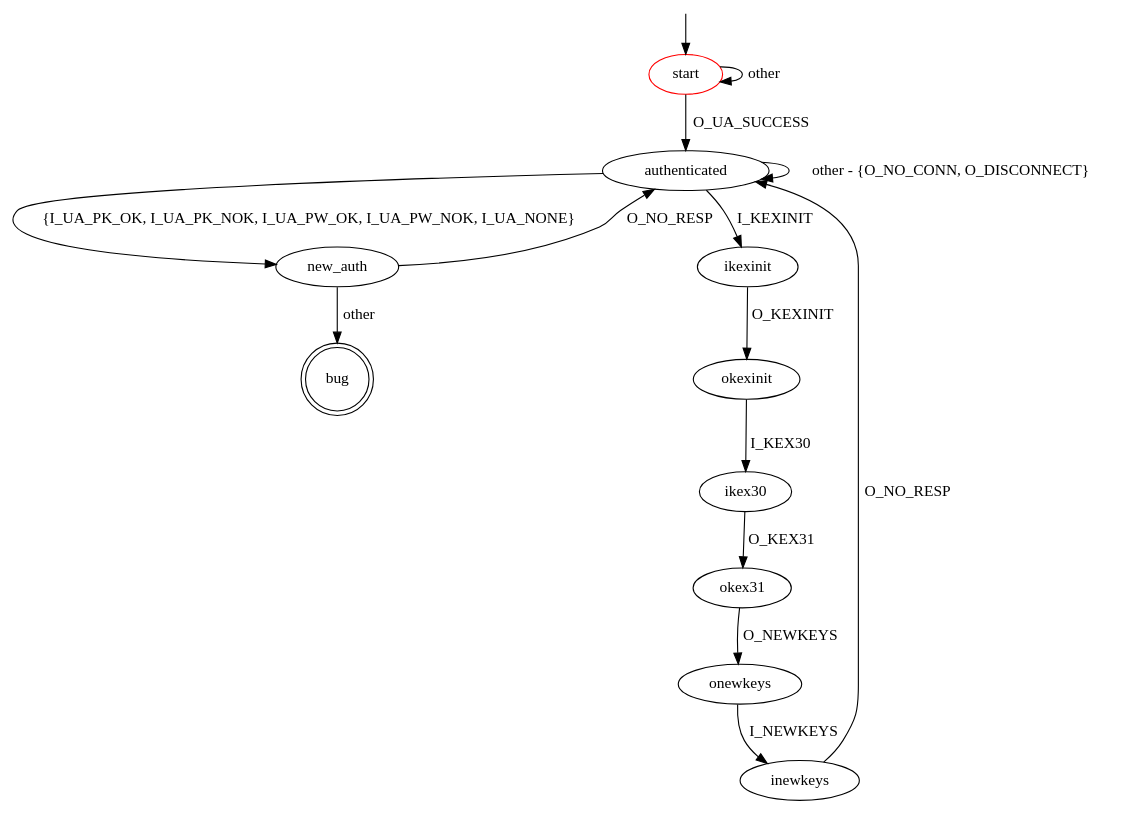
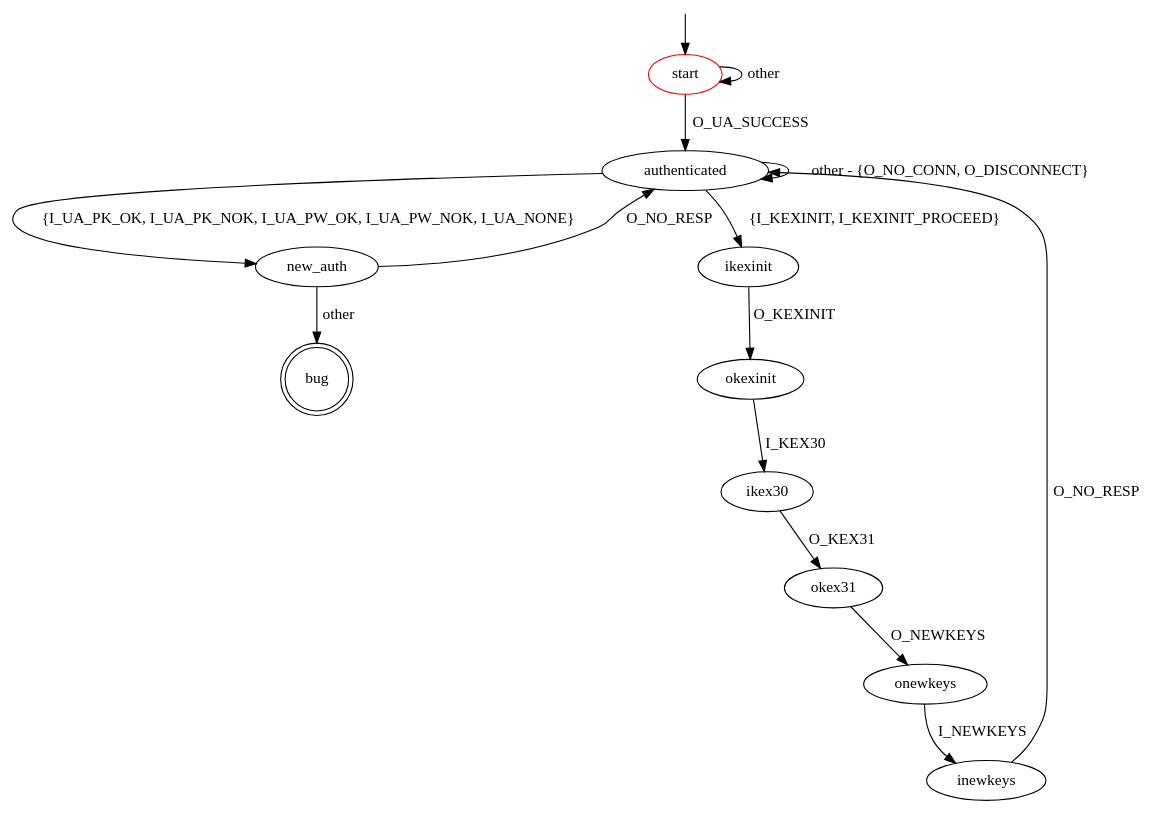
One commit to assist-project/state-machine-bug-finder changed the diagram in src/main/resources/patterns/ssh/auth_not_ignored.dot. Above: the diagram before and after it, drawn with Graphviz. The commit also changed 2 other files, not shown here.

```diff
--- a/src/main/resources/patterns/ssh/auth_not_ignored.dot
+++ b/src/main/resources/patterns/ssh/auth_not_ignored.dot
@@ -1,25 +1,25 @@
 digraph G {
 label=""
 start [color="red"]
 bug [shape="doublecircle"]
 
 start -> authenticated [label="O_UA_SUCCESS"]
 start -> start [label="other"]
 
 authenticated -> new_auth [label="{I_UA_PK_OK, I_UA_PK_NOK, I_UA_PW_OK, I_UA_PW_NOK, I_UA_NONE}"]
-authenticated -> ikexinit [label="I_KEXINIT"]
+authenticated -> ikexinit [label="{I_KEXINIT, I_KEXINIT_PROCEED}"]
 authenticated -> authenticated [label="other - {O_NO_CONN, O_DISCONNECT}"]
 
 new_auth -> authenticated [label="O_NO_RESP"]
 new_auth -> bug [label="other"]
 
 ikexinit -> okexinit [label="O_KEXINIT"]
 okexinit -> ikex30 [label="I_KEX30"]
 ikex30 -> okex31 [label="O_KEX31"]
 okex31 -> onewkeys [label="O_NEWKEYS"]
 onewkeys -> inewkeys [label="I_NEWKEYS"]
 inewkeys -> authenticated [label="O_NO_RESP"]
 
 __start0 [label="" shape="none" width="0" height="0"];
 __start0 -> start;
 }
```
